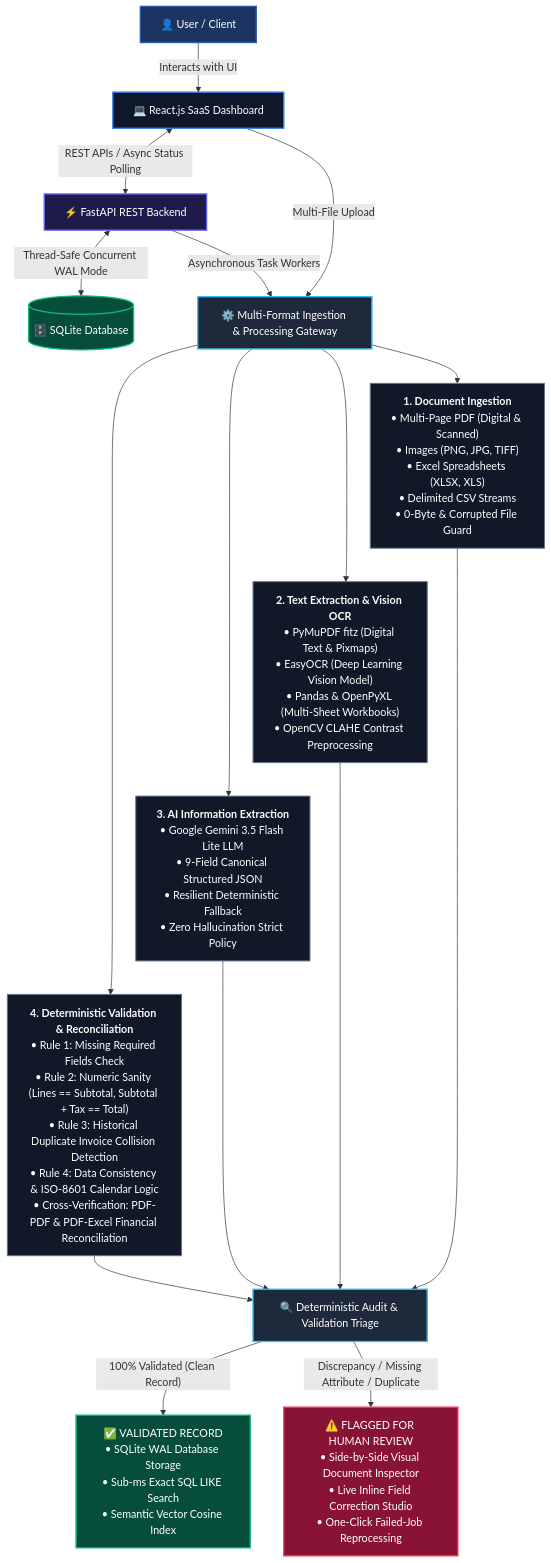
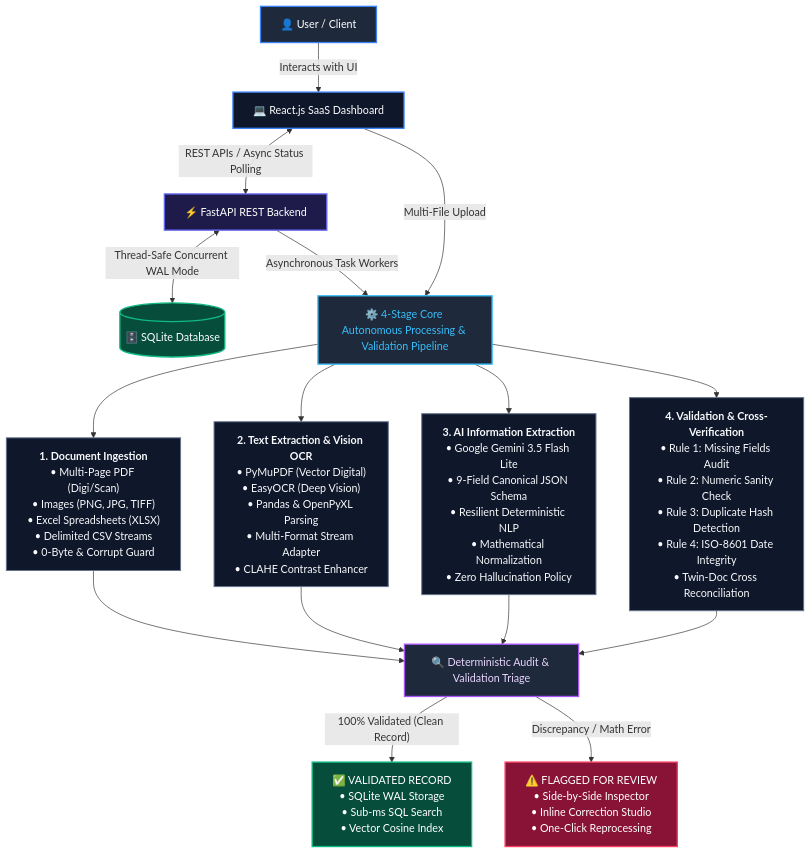
The diagram in README.md (shuvosinghpartho/AI-Powered-Document-Processing-Verification), drawn with Mermaid before and after one commit. The commit also changed 7 other files, not shown here.

Commit message:
fix(docs): format 4-stage pipeline boxes in true parallel layout and seed 10 clean multi-format test docs

````diff
--- a/README.md
+++ b/README.md
@@ -21,30 +21,32 @@
 ```mermaid
 flowchart TD
-    classDef client fill:#1c3461,stroke:#2f5fb0,stroke-width:2px,color:#ffffff;
+    classDef client fill:#1e293b,stroke:#3b82f6,stroke-width:2px,color:#ffffff;
     classDef frontend fill:#0f172a,stroke:#3b82f6,stroke-width:2px,color:#ffffff;
     classDef backend fill:#1e1b4b,stroke:#6366f1,stroke-width:2px,color:#ffffff;
     classDef db fill:#064e3b,stroke:#10b981,stroke-width:2px,color:#ffffff;
-    classDef gateway fill:#1e293b,stroke:#38bdf8,stroke-width:2px,color:#ffffff;
-    classDef stage fill:#111827,stroke:#64748b,stroke-width:1.5px,color:#ffffff;
+    classDef pipeline fill:#1e293b,stroke:#38bdf8,stroke-width:2px,color:#38bdf8;
+    classDef stage fill:#0f172a,stroke:#64748b,stroke-width:1.5px,color:#f8fafc;
+    classDef audit fill:#1e293b,stroke:#a855f7,stroke-width:2px,color:#e9d5ff;
     classDef valid fill:#064e3b,stroke:#10b981,stroke-width:2px,color:#ffffff;
     classDef flagged fill:#881337,stroke:#f43f5e,stroke-width:2px,color:#ffffff;
 
     User["👤 User / Client"]:::client -->|"Interacts with UI"| Dashboard["💻 React.js SaaS Dashboard"]:::frontend
     Dashboard <-->|"REST APIs / Async Status Polling"| Backend["⚡ FastAPI REST Backend"]:::backend
     Backend <-->|"Thread-Safe Concurrent WAL Mode"| Database[("🗄️ SQLite Database")]:::db
 
-    Dashboard -->|"Multi-File Upload"| Gateway["⚙️ Multi-Format Ingestion & Processing Gateway"]:::gateway
-    Backend -->|"Asynchronous Task Workers"| Gateway
+    Dashboard -->|"Multi-File Upload"| Pipeline["⚙️ 4-Stage Core Autonomous Processing & Validation Pipeline"]:::pipeline
+    Backend -->|"Asynchronous Task Workers"| Pipeline
 
-    Gateway --> S1["<b>1. Document Ingestion</b><br/>• Multi-Page PDF (Digital & Scanned)<br/>• Images (PNG, JPG, TIFF)<br/>• Excel Spreadsheets (XLSX, XLS)<br/>• Delimited CSV Streams<br/>• 0-Byte & Corrupted File Guard"]:::stage
-    Gateway --> S2["<b>2. Text Extraction & Vision OCR</b><br/>• PyMuPDF fitz (Digital Text & Pixmaps)<br/>• EasyOCR (Deep Learning Vision Model)<br/>• Pandas & OpenPyXL (Multi-Sheet Workbooks)<br/>• OpenCV CLAHE Contrast Preprocessing"]:::stage
-    Gateway --> S3["<b>3. AI Information Extraction</b><br/>• Google Gemini 3.5 Flash Lite LLM<br/>• 9-Field Canonical Structured JSON<br/>• Resilient Deterministic Fallback<br/>• Zero Hallucination Strict Policy"]:::stage
-    Gateway --> S4["<b>4. Deterministic Validation & Reconciliation</b><br/>• Rule 1: Missing Required Fields Check<br/>• Rule 2: Numeric Sanity (Lines == Subtotal, Subtotal + Tax == Total)<br/>• Rule 3: Historical Duplicate Invoice Collision Detection<br/>• Rule 4: Data Consistency & ISO-8601 Calendar Logic<br/>• Cross-Verification: PDF-PDF & PDF-Excel Financial Reconciliation"]:::stage
+    Pipeline --> S1["<b>1. Document Ingestion</b><br/>• Multi-Page PDF (Digi/Scan)<br/>• Images (PNG, JPG, TIFF)<br/>• Excel Spreadsheets (XLSX)<br/>• Delimited CSV Streams<br/>• 0-Byte & Corrupt Guard"]:::stage
+    Pipeline --> S2["<b>2. Text Extraction & Vision OCR</b><br/>• PyMuPDF (Vector Digital)<br/>• EasyOCR (Deep Vision)<br/>• Pandas & OpenPyXL Parsing<br/>• Multi-Format Stream Adapter<br/>• CLAHE Contrast Enhancer"]:::stage
+    Pipeline --> S3["<b>3. AI Information Extraction</b><br/>• Google Gemini 3.5 Flash Lite<br/>• 9-Field Canonical JSON Schema<br/>• Resilient Deterministic NLP<br/>• Mathematical Normalization<br/>• Zero Hallucination Policy"]:::stage
+    Pipeline --> S4["<b>4. Validation & Cross-Verification</b><br/>• Rule 1: Missing Fields Audit<br/>• Rule 2: Numeric Sanity Check<br/>• Rule 3: Duplicate Hash Detection<br/>• Rule 4: ISO-8601 Date Integrity<br/>• Twin-Doc Cross Reconciliation"]:::stage
 
-    S1 ~~~ S2 ~~~ S3 ~~~ S4
+    S1 --> Audit["🔍 Deterministic Audit & Validation Triage"]:::audit
+    S2 --> Audit
+    S3 --> Audit
+    S4 --> Audit
 
-    S1 & S2 & S3 & S4 --> Audit["🔍 Deterministic Audit & Validation Triage"]:::gateway
-
-    Audit -->|"100% Validated (Clean Record)"| ValidNode["✅ VALIDATED RECORD<br/>• SQLite WAL Database Storage<br/>• Sub-ms Exact SQL LIKE Search<br/>• Semantic Vector Cosine Index"]:::valid
-    Audit -->|"Discrepancy / Missing Attribute / Duplicate"| FlaggedNode["⚠️ FLAGGED FOR HUMAN REVIEW<br/>• Side-by-Side Visual Document Inspector<br/>• Live Inline Field Correction Studio<br/>• One-Click Failed-Job Reprocessing"]:::flagged
+    Audit -->|"100% Validated (Clean Record)"| ValidNode["✅ VALIDATED RECORD<br/>• SQLite WAL Storage<br/>• Sub-ms SQL Search<br/>• Vector Cosine Index"]:::valid
+    Audit -->|"Discrepancy / Math Error"| FlaggedNode["⚠️ FLAGGED FOR REVIEW<br/>• Side-by-Side Inspector<br/>• Inline Correction Studio<br/>• One-Click Reprocessing"]:::flagged
 ```
````
